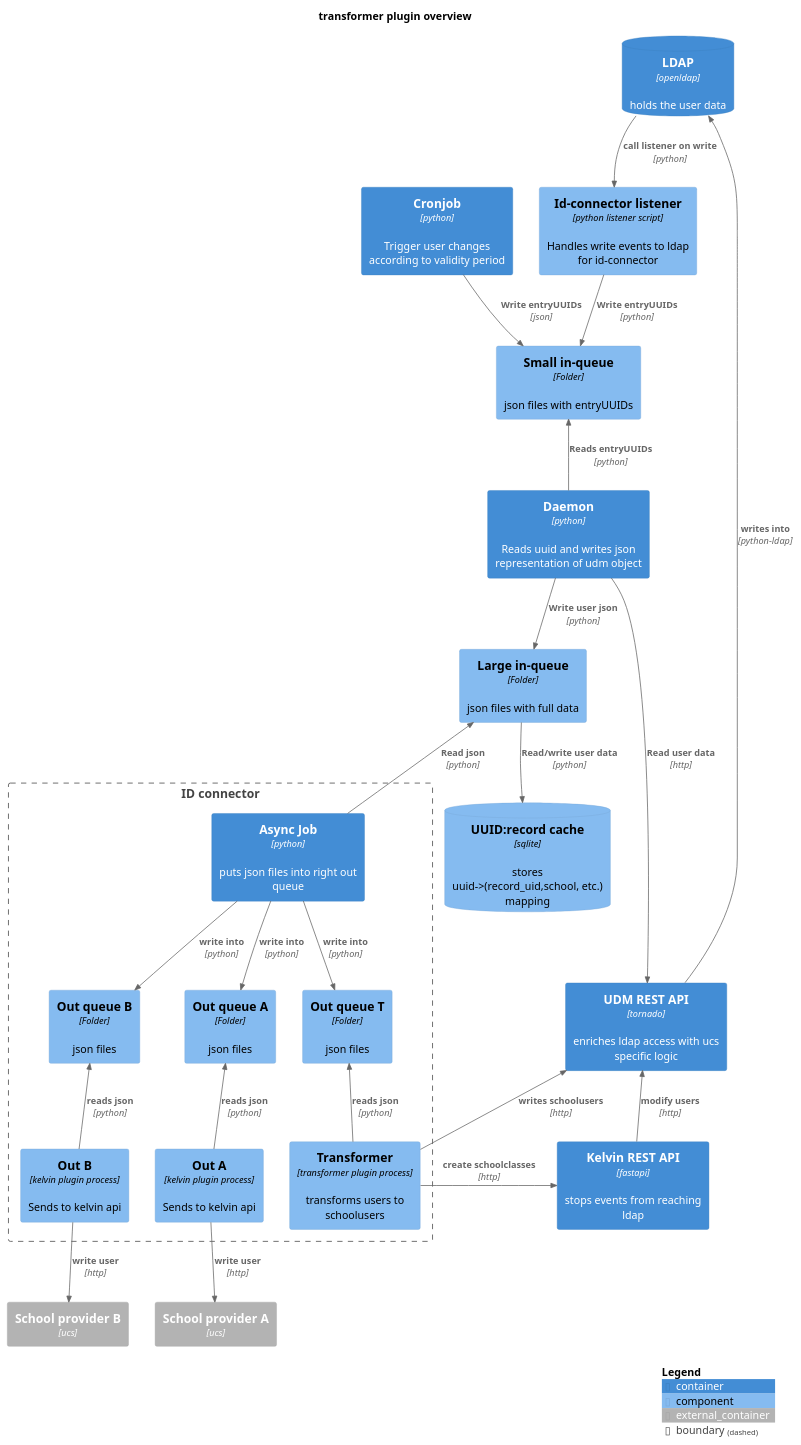
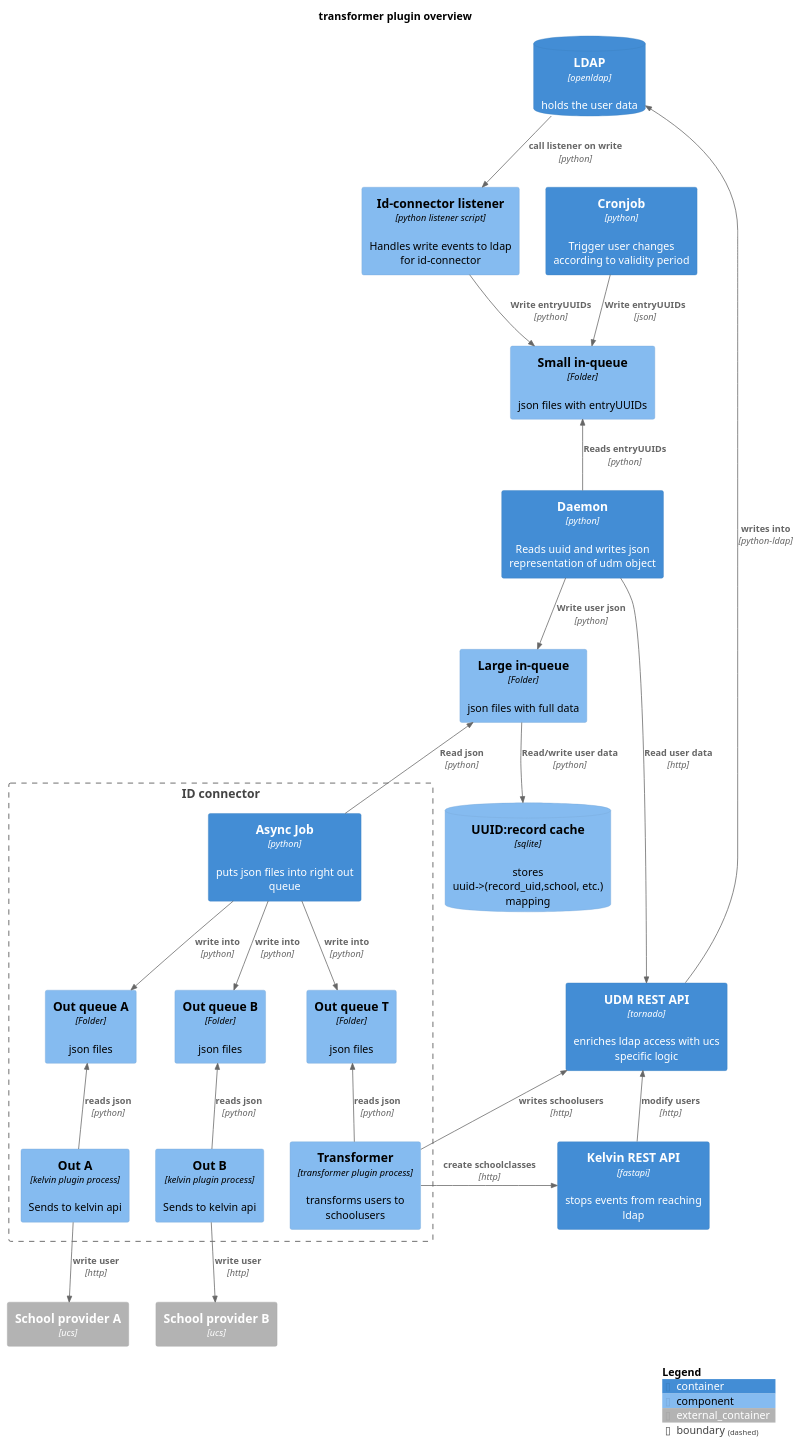
One commit to univention/ucsschool-id-connector changed the diagram in src/static/transformer_plugin_overview.puml. Above: the diagram before and after it, drawn with PlantUML. The commit also changed 1 other file, not shown here.

```diff
--- a/src/static/transformer_plugin_overview.puml
+++ b/src/static/transformer_plugin_overview.puml
@@ -1,65 +1,63 @@
 @startuml
 !include https://raw.githubusercontent.com/plantuml-stdlib/C4-PlantUML/master/C4_Component.puml
 ' uncomment the following line and comment the first to use locally
 ' !include C4_Component.puml
 
 
 
 title transformer plugin overview
 
 ContainerDb(ldap,"LDAP","openldap","holds the user data")
 Container(udm,"UDM REST API","tornado","enriches ldap access with ucs specific logic")
 Container(kelvin_rest_api,"Kelvin REST API","fastapi","stops events from reaching ldap")
 Component(listener,"Id-connector listener","python listener script","Handles write events to ldap for id-connector ")
 Component(small_in_queue,"Small in-queue","Folder","json files with entryUUIDs")
 Container(daemon,"Daemon","python","Reads uuid and writes json representation of udm object")
 Component(large_in_queue,"Large in-queue","Folder","json files with full data")
 ComponentDb(sqlite,"UUID:record cache","sqlite","stores uuid->(record_uid,school, etc.) mapping")
 Container(cronjob,"Cronjob","python","Trigger user changes according to validity period")
 Boundary(id_connector,"ID connector") {
     Component(out_queue_a,"Out queue A","Folder","json files")
     Component(out_queue_b,"Out queue B","Folder","json files")
     Component(out_queue_t,"Out queue T","Folder","json files")
 
     Component(transformer,"Transformer","transformer plugin process","transforms users to schoolusers")
     Component(kelvin_plugin_a,"Out A","kelvin plugin process","Sends to kelvin api")
     Component(kelvin_plugin_b,"Out B","kelvin plugin process","Sends to kelvin api")
     Container(async_job,"Async Job","python","puts json files into right out queue")
 
 }
 Container_Ext(school_provider_A,"School provider A","ucs")
 Container_Ext(school_provider_B,"School provider B","ucs")
 
-Lay_R(out_queue_t,out_queue_a)
-
 Rel(ldap,listener,"call listener on write","python")
 Rel(listener,small_in_queue,"Write entryUUIDs","python")
 Rel(cronjob,small_in_queue,"Write entryUUIDs","json")
 Rel_U(daemon,small_in_queue,"Reads entryUUIDs","python")
 Rel(daemon,udm,"Read user data","http")
 Rel(daemon,large_in_queue,"Write user json","python")
 Rel(large_in_queue,sqlite,"Read/write user data","python")
 
 Rel_U(async_job,large_in_queue,"Read json","python")
 
 Rel(async_job,out_queue_t,"write into","python")
 Rel(async_job,out_queue_a,"write into","python")
 Rel(async_job,out_queue_b,"write into","python")
 
 Rel_U(transformer,out_queue_t,"reads json","python")
 Rel_U(kelvin_plugin_a,out_queue_a,"reads json","python")
 Rel_U(kelvin_plugin_b,out_queue_b,"reads json","python")
 
 Rel_L(transformer,kelvin_rest_api,"create schoolclasses","http")
 
 Rel_D(kelvin_plugin_a,school_provider_A,"write user","http")
 Rel_D(kelvin_plugin_b,school_provider_B,"write user","http")
 
 Rel_U(kelvin_rest_api,udm,"modify users","http")
 Rel_U(udm,ldap,"writes into","python-ldap")
 Rel_U(transformer,udm,"writes schoolusers","http")
 
 
 SHOW_LEGEND()
 
 @enduml
```
